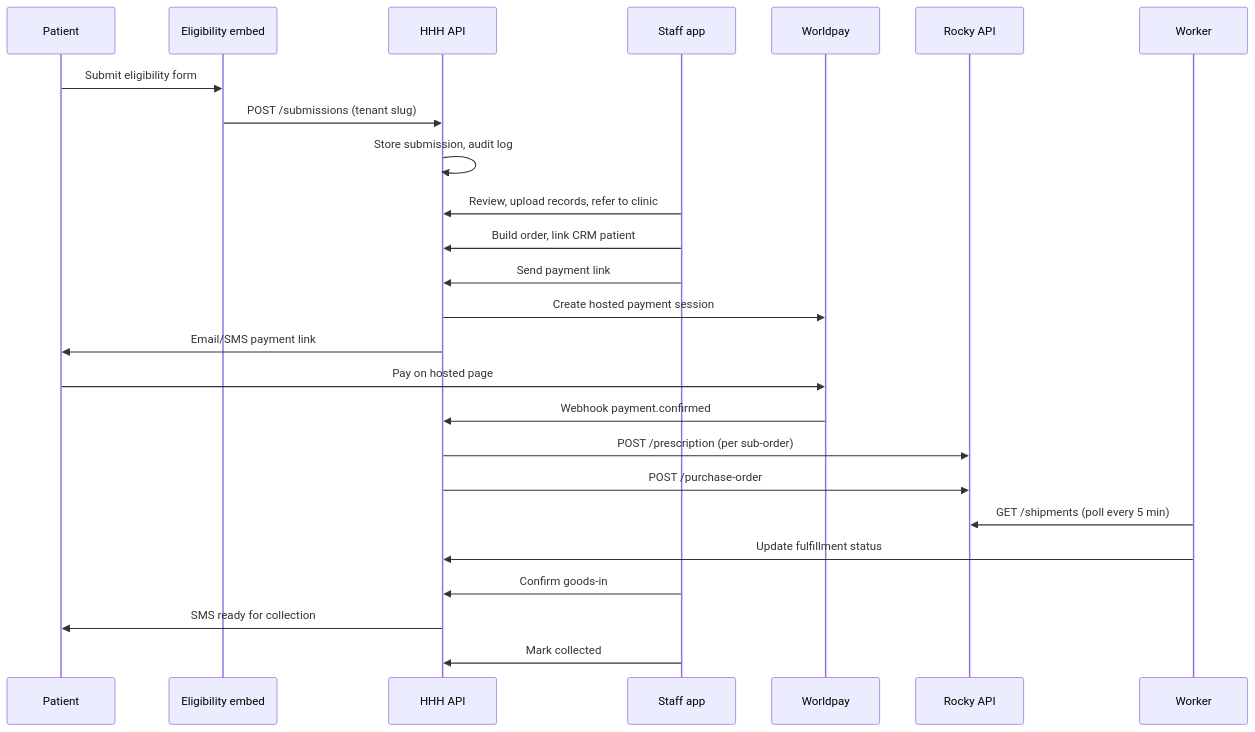
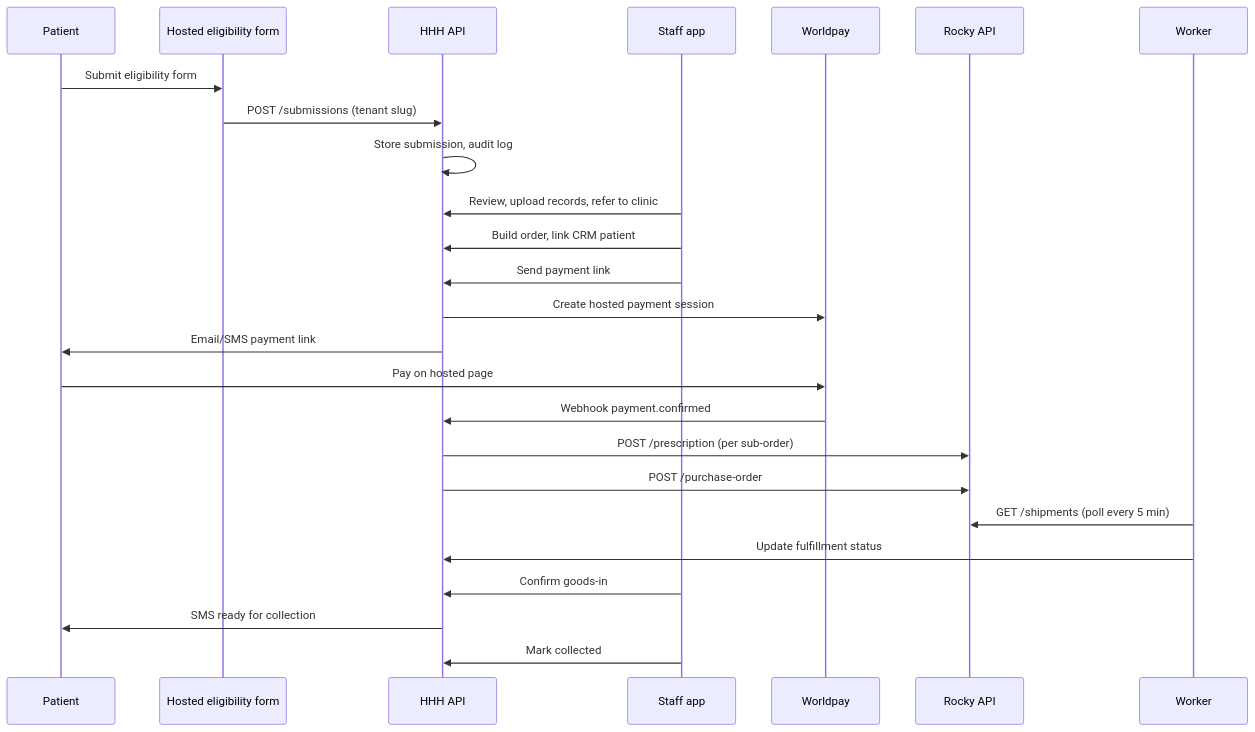
One commit to Healius-Consulting/HHH-Staging changed the second of 3 diagrams in specs/production-architecture.md. Above: the diagram before and after it, drawn with Mermaid. The commit also changed other lines of this file and 53 other files, not shown here.

````diff
--- a/specs/production-architecture.md
+++ b/specs/production-architecture.md
@@ -386,28 +387,28 @@
 ```mermaid
 sequenceDiagram
     participant P as Patient
-    participant E as Eligibility embed
+    participant E as Hosted eligibility form
     participant API as HHH API
     participant S as Staff app
     participant WP as Worldpay
     participant R as Rocky API
     participant W as Worker
 
     P->>E: Submit eligibility form
     E->>API: POST /submissions (tenant slug)
     API->>API: Store submission, audit log
     S->>API: Review, upload records, refer to clinic
     S->>API: Build order, link CRM patient
     S->>API: Send payment link
     API->>WP: Create hosted payment session
     API->>P: Email/SMS payment link
     P->>WP: Pay on hosted page
     WP->>API: Webhook payment.confirmed
     API->>R: POST /prescription (per sub-order)
     API->>R: POST /purchase-order
     W->>R: GET /shipments (poll every 5 min)
     W->>API: Update fulfillment status
     S->>API: Confirm goods-in
     API->>P: SMS ready for collection
     S->>API: Mark collected
 ```
````
